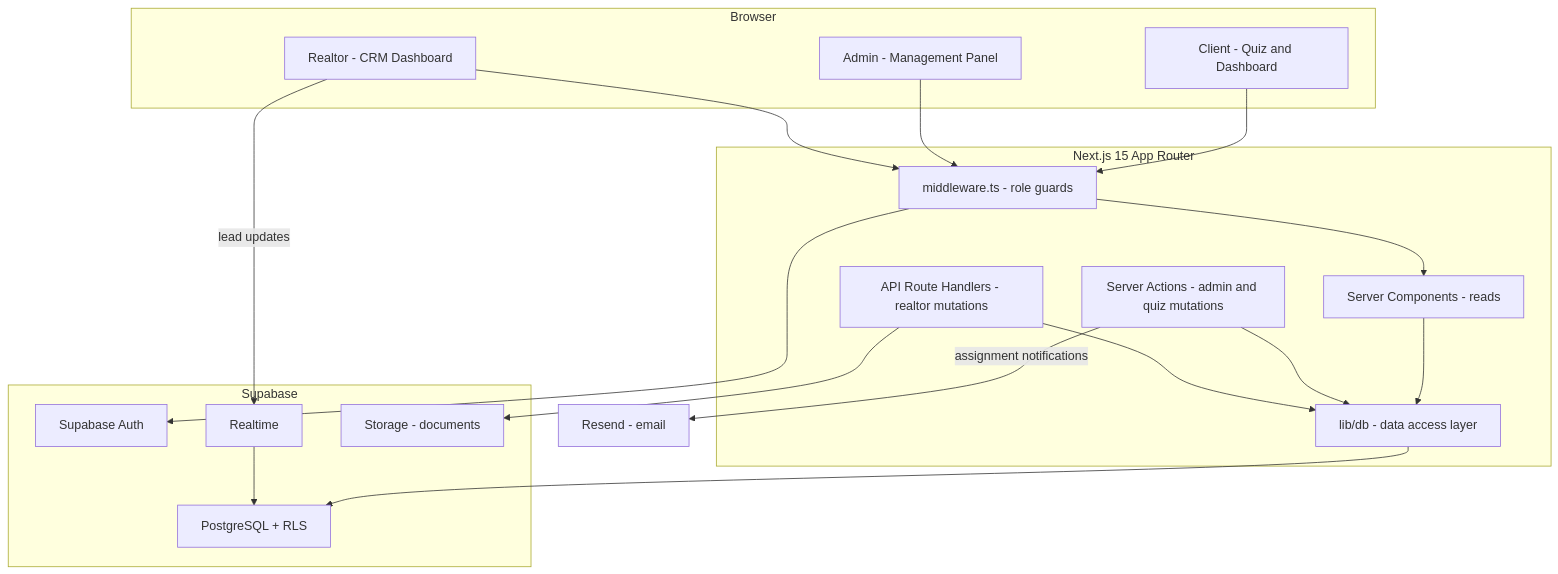
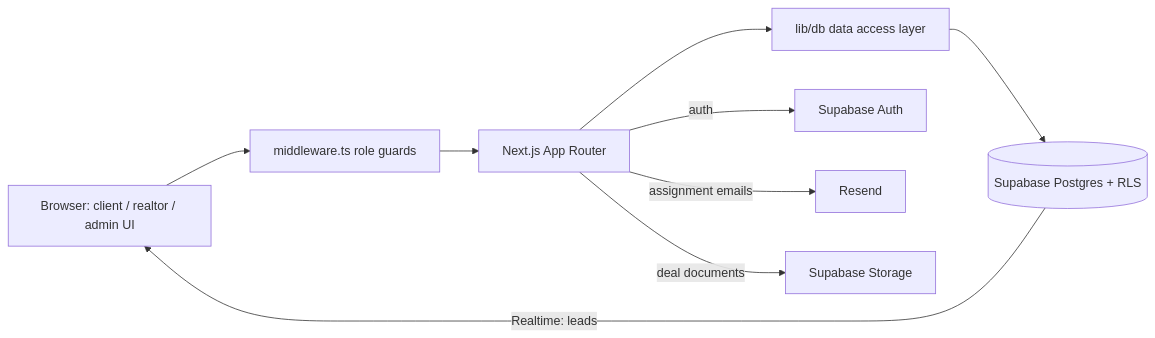
The first of 2 diagrams in README.md (ar1shah/Align), drawn with Mermaid before and after one commit. The commit also changed other lines of this file, not shown here.

````diff
--- a/README.md
+++ b/README.md
@@ -55,39 +66,11 @@
 ```mermaid
-flowchart TB
-  subgraph browser["Browser"]
-    ClientUI["Client - Quiz and Dashboard"]
-    AdminUI["Admin - Management Panel"]
-    RealtorUI["Realtor - CRM Dashboard"]
-  end
-
-  subgraph nextjs["Next.js 15 App Router"]
-    MW["middleware.ts - role guards"]
-    RSC["Server Components - reads"]
-    SA["Server Actions - admin and quiz mutations"]
-    API["API Route Handlers - realtor mutations"]
-    DBLayer["lib/db - data access layer"]
-  end
-
-  subgraph supabase["Supabase"]
-    Auth["Supabase Auth"]
-    PG["PostgreSQL + RLS"]
-    RT["Realtime"]
-    Storage["Storage - documents"]
-  end
-
-  Resend["Resend - email"]
-
-  ClientUI --> MW
-  AdminUI --> MW
-  RealtorUI --> MW
-  MW --> Auth
-  MW --> RSC
-  RSC --> DBLayer
-  SA --> DBLayer
-  API --> DBLayer
-  DBLayer --> PG
-  RealtorUI -->|lead updates| RT
-  RT --> PG
-  SA -->|assignment notifications| Resend
-  API --> Storage
+flowchart LR
+  Browser["Browser: client / realtor / admin UI"] --> MW["middleware.ts role guards"]
+  MW --> App["Next.js App Router"]
+  App --> DB["lib/db data access layer"]
+  DB --> PG[("Supabase Postgres + RLS")]
+  App -->|auth| Auth["Supabase Auth"]
+  PG -->|Realtime: leads| Browser
+  App -->|assignment emails| Resend["Resend"]
+  App -->|deal documents| Storage["Supabase Storage"]
 ```
````
